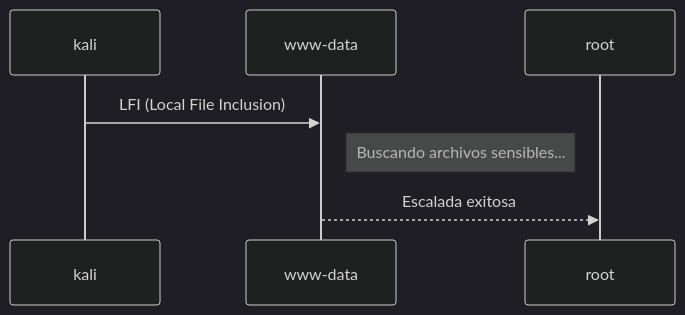
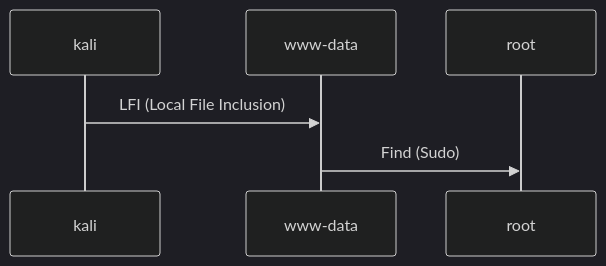
One commit to VulNyx/book changed the diagram in _network/port-knocking.md. Above: the diagram before and after it, drawn with Mermaid (dark theme).

````diff
--- a/_network/port-knocking.md
+++ b/_network/port-knocking.md
@@ -10,12 +10,9 @@
 ```mermaid
 sequenceDiagram
     participant kali
     participant www-data
     participant root
     
     kali->>www-data: LFI (Local File Inclusion)
-    
-    Note right of www-data: Buscando archivos sensibles...
-    
-    www-data-->>root: Escalada exitosa
+    www-data->>root: Find (Sudo)
 ```
````
